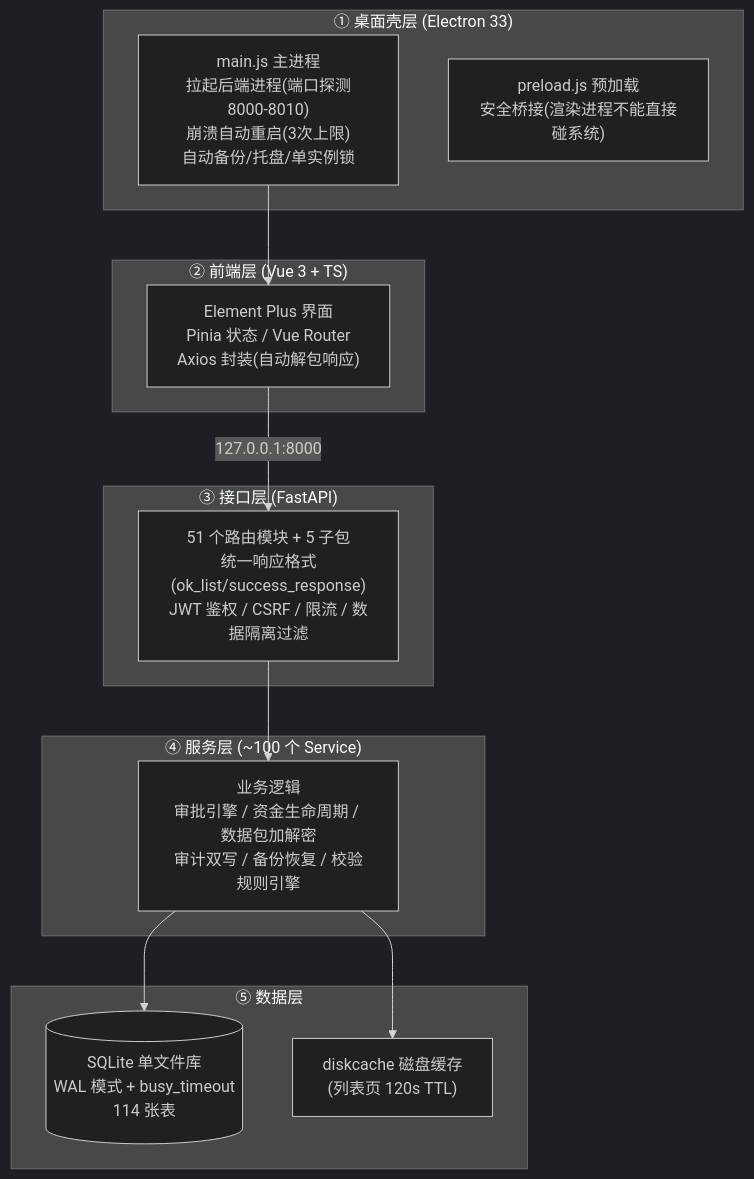
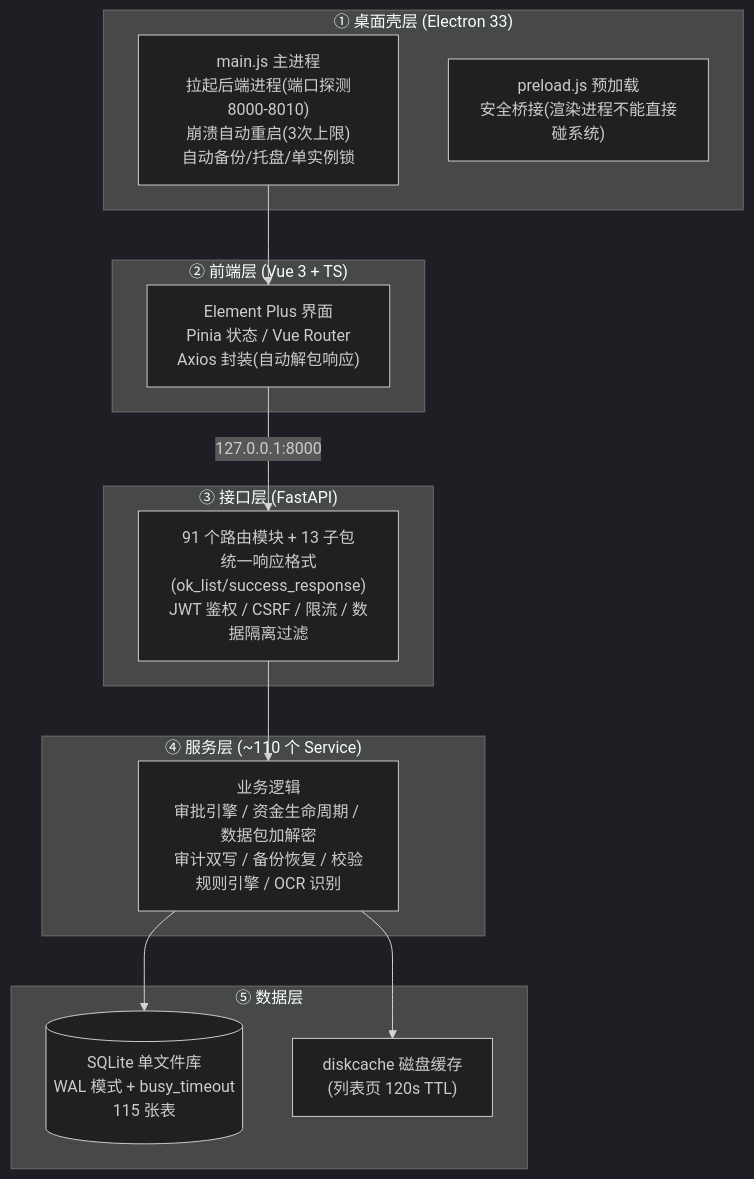
One commit to lzh745200/MRRS changed the diagram in docs/03-开发文档/01-架构设计/系统架构说明.md. Above: the diagram before and after it, drawn with Mermaid (dark theme). The commit also changed other lines of this file and 163 other files, not shown here.

````diff
--- a/docs/03-开发文档/01-架构设计/系统架构说明.md
+++ b/docs/03-开发文档/01-架构设计/系统架构说明.md
@@ -17,25 +17,25 @@
 ```mermaid
 graph TB
     subgraph L1["① 桌面壳层 (Electron 33)"]
         MAIN["main.js 主进程<br/>拉起后端进程(端口探测8000-8010)<br/>崩溃自动重启(3次上限)<br/>自动备份/托盘/单实例锁"]
         PRE["preload.js 预加载<br/>安全桥接(渲染进程不能直接碰系统)"]
     end
     subgraph L2["② 前端层 (Vue 3 + TS)"]
         FE["Element Plus 界面<br/>Pinia 状态 / Vue Router<br/>Axios 封装(自动解包响应)"]
     end
     subgraph L3["③ 接口层 (FastAPI)"]
-        API["51 个路由模块 + 5 子包<br/>统一响应格式(ok_list/success_response)<br/>JWT 鉴权 / CSRF / 限流 / 数据隔离过滤"]
+        API["91 个路由模块 + 13 子包<br/>统一响应格式(ok_list/success_response)<br/>JWT 鉴权 / CSRF / 限流 / 数据隔离过滤"]
     end
-    subgraph L4["④ 服务层 (~100 个 Service)"]
-        SVC["业务逻辑<br/>审批引擎 / 资金生命周期 / 数据包加解密<br/>审计双写 / 备份恢复 / 校验规则引擎"]
+    subgraph L4["④ 服务层 (~110 个 Service)"]
+        SVC["业务逻辑<br/>审批引擎 / 资金生命周期 / 数据包加解密<br/>审计双写 / 备份恢复 / 校验规则引擎 / OCR 识别"]
     end
     subgraph L5["⑤ 数据层"]
-        DB[("SQLite 单文件库<br/>WAL 模式 + busy_timeout<br/>114 张表")]
+        DB[("SQLite 单文件库<br/>WAL 模式 + busy_timeout<br/>115 张表")]
         CACHE["diskcache 磁盘缓存<br/>(列表页 120s TTL)"]
     end
     MAIN --> FE
     FE -->|"127.0.0.1:8000"| API
     API --> SVC
     SVC --> DB
     SVC --> CACHE
 ```
````
